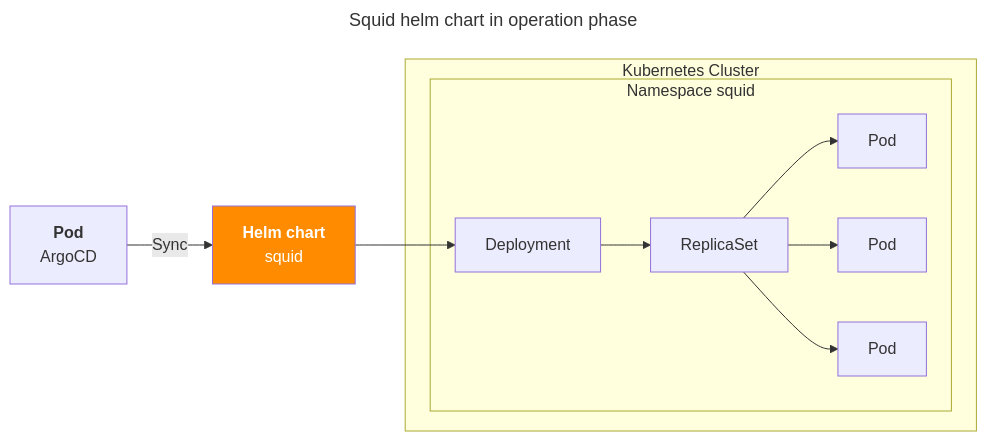
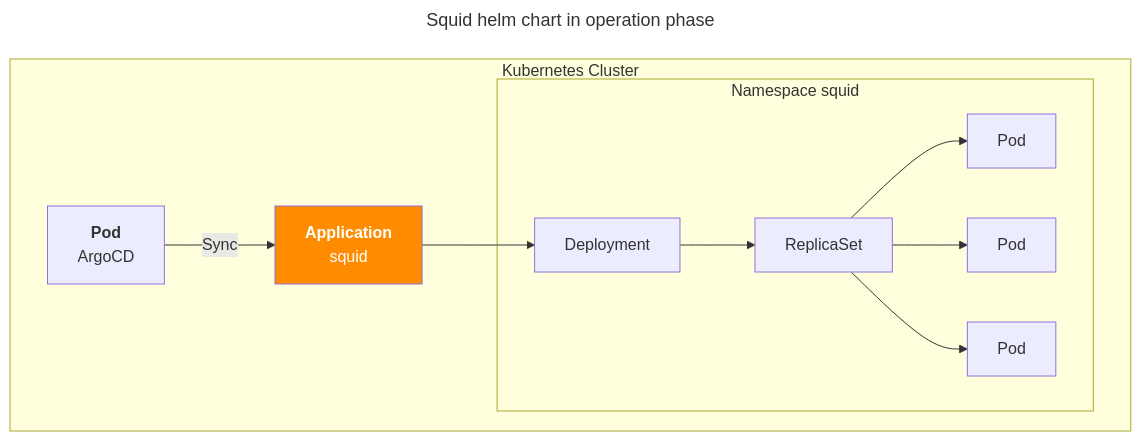
Before and after one commit to younsl/younsl.github.io: the second of 4 diagrams in content/blog/squid/index.md, drawn with Mermaid.

Commit message:
chore: Update diagram

````diff
--- a/content/blog/squid/index.md
+++ b/content/blog/squid/index.md
@@ -88,24 +88,24 @@
 ```mermaid
 ---
 title: Squid helm chart in operation phase
 ---
 flowchart LR
-    argo["`**Pod**
-    ArgoCD`"]
-    chart["`**Helm chart**
-    squid`"]
-
     subgraph "Kubernetes Cluster"
+        direction LR
+        argo["`**Pod**
+        ArgoCD`"]
+        chart["`**Application**
+        squid`"]
         subgraph ns["Namespace squid"]
             d["Deployment"] 
             rs["ReplicaSet"]
             p1["Pod"]
             p2["Pod"]
             p3["Pod"]
         end
     end
 
     argo --Sync--> chart --> d --> rs --> p1 & p2 & p3
 
     style chart fill:darkorange, color:white
 ```
````
